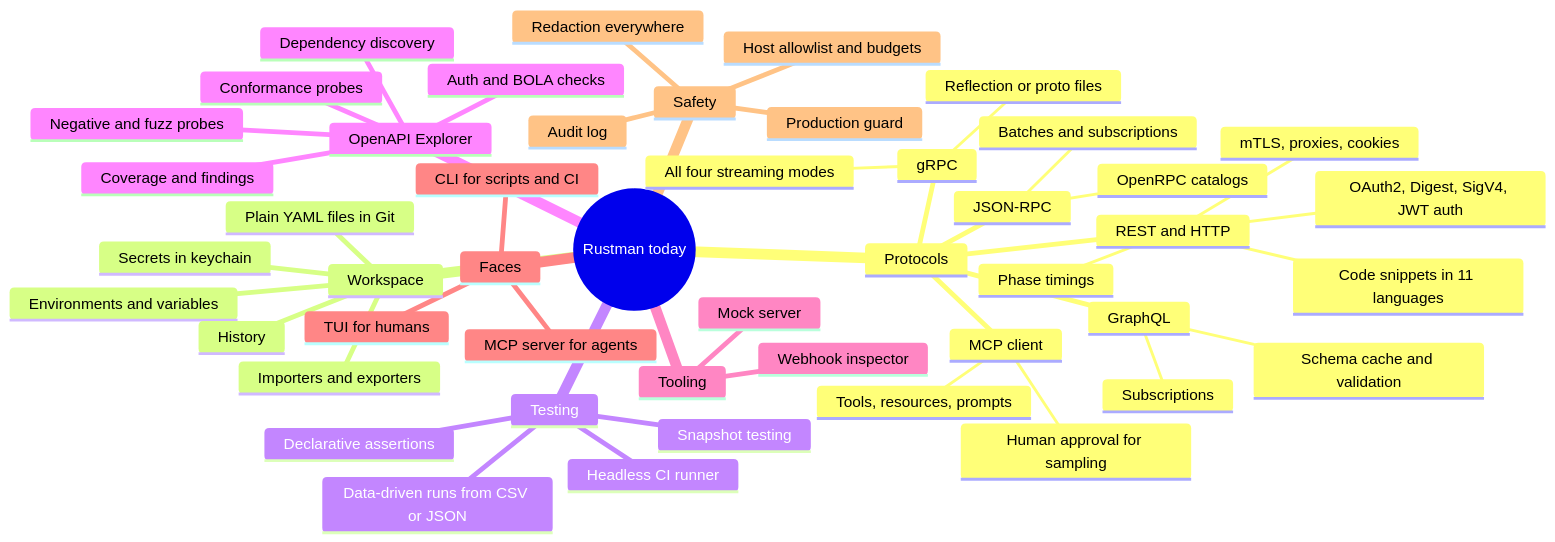
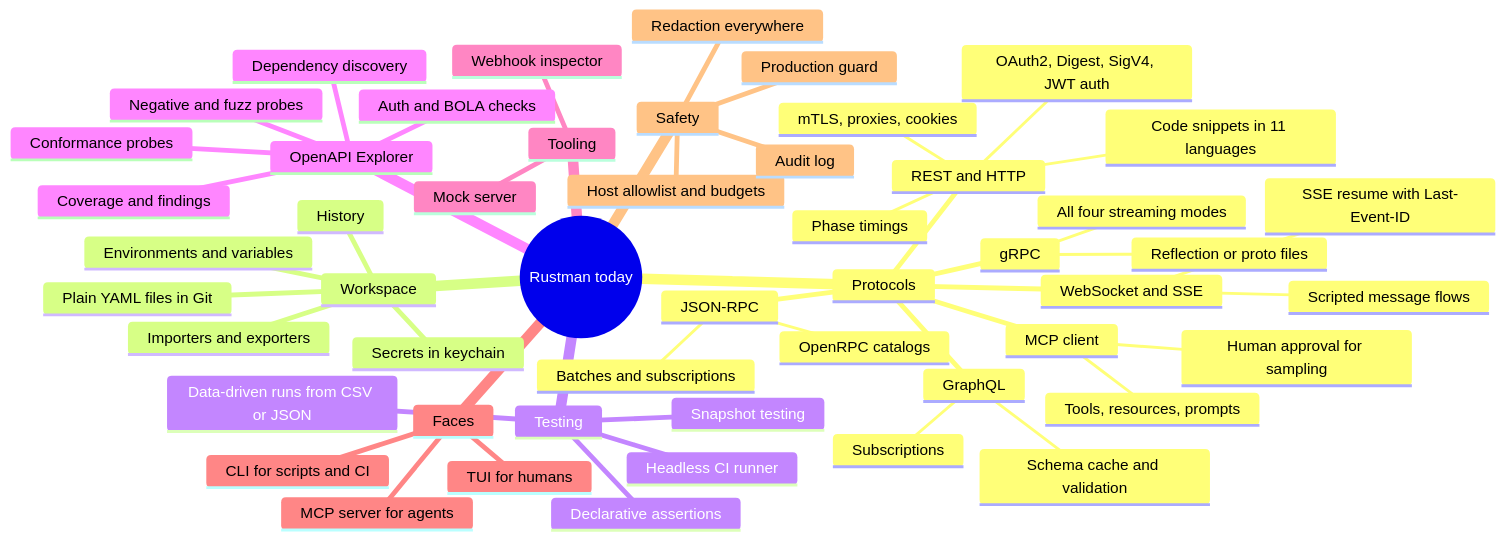
The first of 3 diagrams in README.md (CyberdyneCorp/rustman), drawn with Mermaid before and after one commit. The commit also changed other lines of this file and 1 other file, not shown here.

Commit message:
Roadmap: v0.5 done with the realtime client; v0.6 in progress

````diff
--- a/README.md
+++ b/README.md
@@ -60,51 +60,54 @@
 ```mermaid
 mindmap
   root((Rustman today))
     Protocols
       REST and HTTP
         OAuth2, Digest, SigV4, JWT auth
         Code snippets in 11 languages
         mTLS, proxies, cookies
         Phase timings
       GraphQL
         Schema cache and validation
         Subscriptions
       MCP client
         Tools, resources, prompts
         Human approval for sampling
       gRPC
         Reflection or proto files
         All four streaming modes
       JSON-RPC
         Batches and subscriptions
         OpenRPC catalogs
+      WebSocket and SSE
+        Scripted message flows
+        SSE resume with Last-Event-ID
     Workspace
       Plain YAML files in Git
       Environments and variables
       Secrets in keychain
       Importers and exporters
       History
     Testing
       Declarative assertions
       Snapshot testing
       Headless CI runner
       Data-driven runs from CSV or JSON
     OpenAPI Explorer
       Dependency discovery
       Conformance probes
       Negative and fuzz probes
       Auth and BOLA checks
       Coverage and findings
     Tooling
       Mock server
       Webhook inspector
     Faces
       TUI for humans
       CLI for scripts and CI
       MCP server for agents
     Safety
       Host allowlist and budgets
       Production guard
       Redaction everywhere
       Audit log
 ```
````
